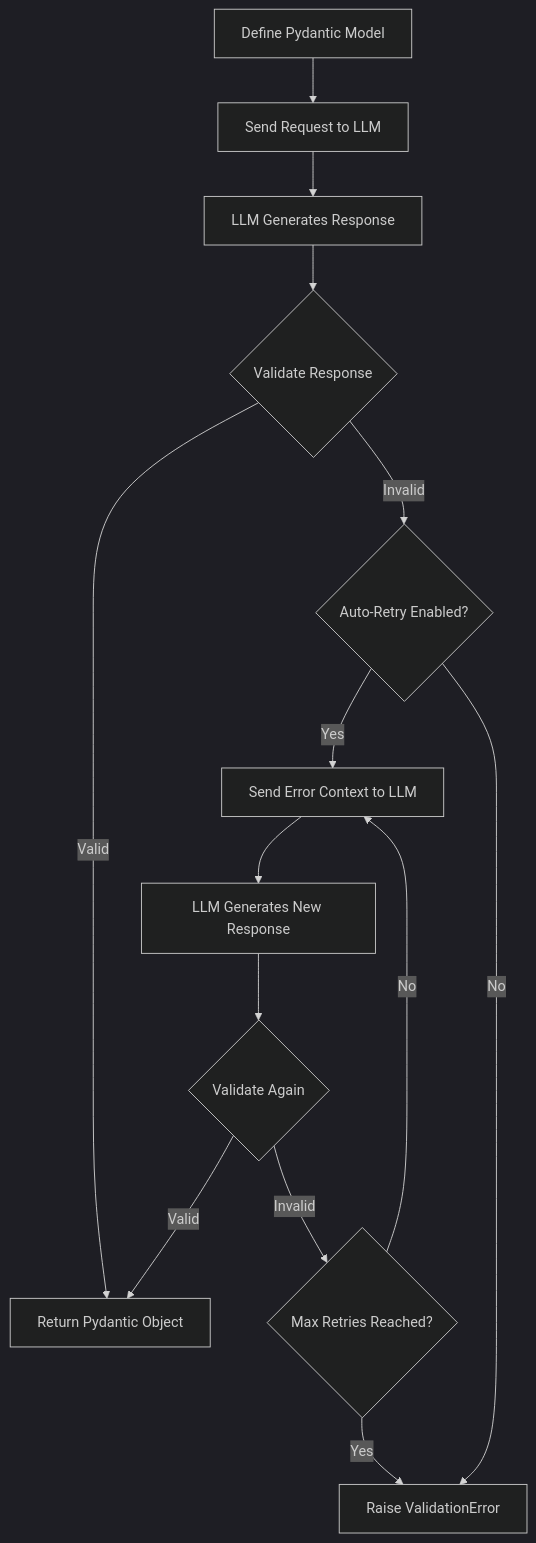
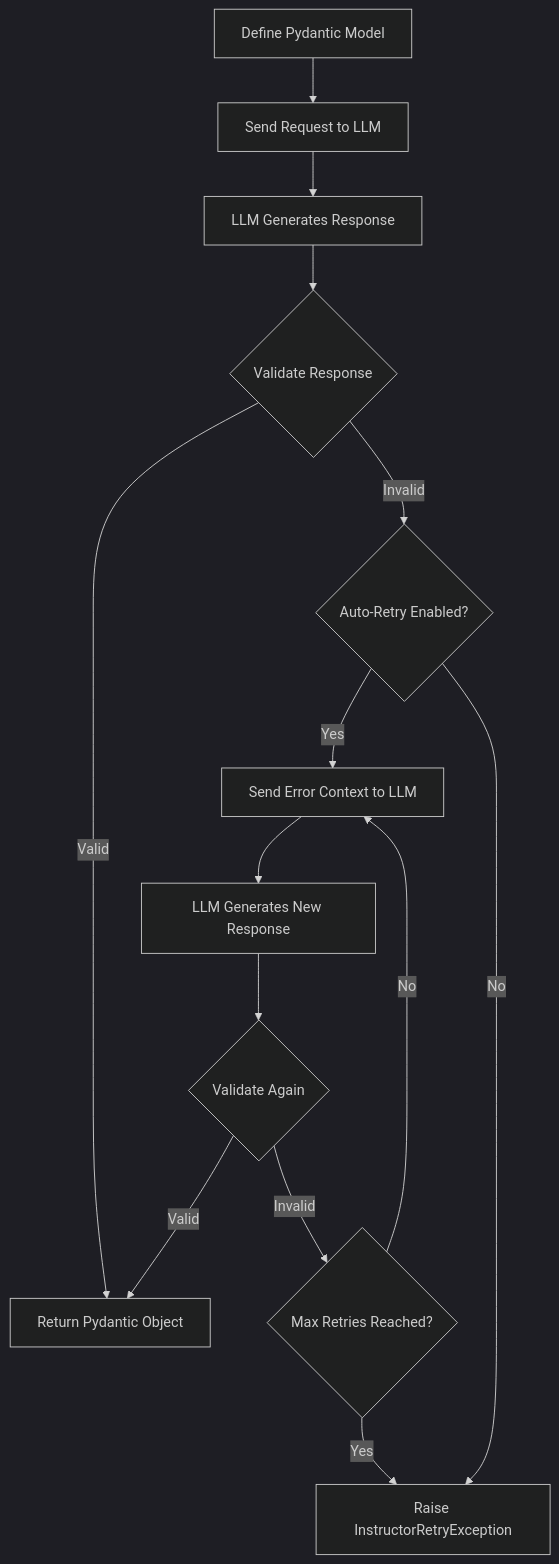
Before and after one commit to 567-labs/instructor: the diagram in docs/concepts/validation.md, drawn with Mermaid (dark theme). The commit also changed other lines of this file and 46 other files, not shown here.

````diff
--- a/docs/concepts/validation.md
+++ b/docs/concepts/validation.md
@@ -12,21 +14,21 @@
 ```mermaid
 flowchart TD
     A[Define Pydantic Model] --> B[Send Request to LLM]
     B --> C[LLM Generates Response]
     C --> D{Validate Response}
 
     D -->|Valid| E[Return Pydantic Object]
     D -->|Invalid| F{Auto-Retry Enabled?}
 
     F -->|Yes| G[Send Error Context to LLM]
-    F -->|No| H[Raise ValidationError]
+    F -->|No| H[Raise InstructorRetryException]
 
     G --> I[LLM Generates New Response]
     I --> J{Validate Again}
 
     J -->|Valid| E
     J -->|Invalid| K{Max Retries Reached?}
 
     K -->|No| G
     K -->|Yes| H
 ```
````
